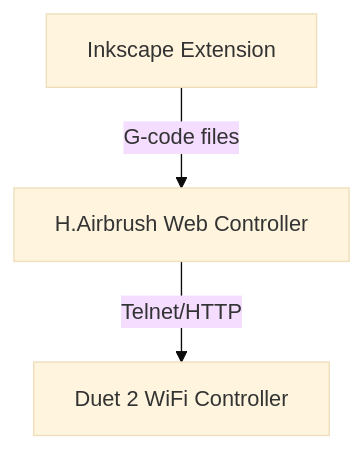
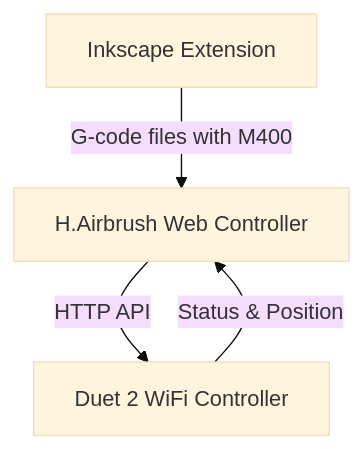
The diagram in memory-bank/activeContext.md (semiuniversal/hairbrush), drawn with Mermaid (base theme) before and after one commit. The commit also changed other lines of this file and 52 other files, not shown here.

First line of the commit message:
feat: Enhance web controller with Flask integration and real-time G-code handling

````diff
--- a/memory-bank/activeContext.md
+++ b/memory-bank/activeContext.md
@@ -31,5 +53,6 @@
 ```mermaid
 flowchart TD
-    A[Inkscape Extension] -->|G-code files| B[H.Airbrush Web Controller]
-    B -->|Telnet/HTTP| C[Duet 2 WiFi Controller]
+    A[Inkscape Extension] -->|G-code files with M400| B[H.Airbrush Web Controller]
+    B -->|HTTP API| C[Duet 2 WiFi Controller]
+    C -->|Status & Position| B
 ```
````
